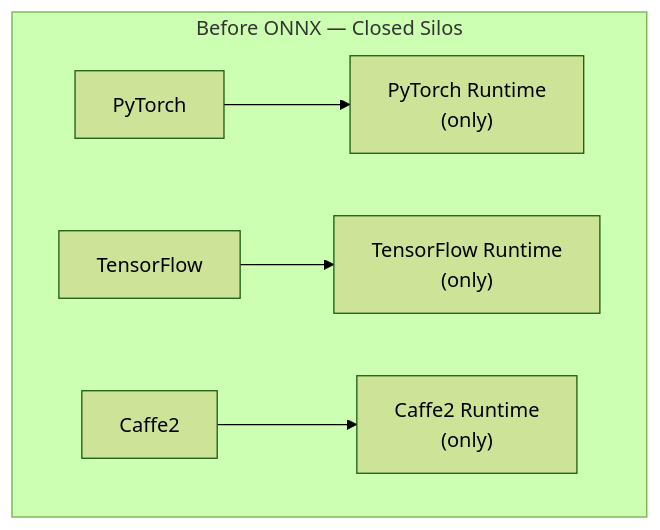
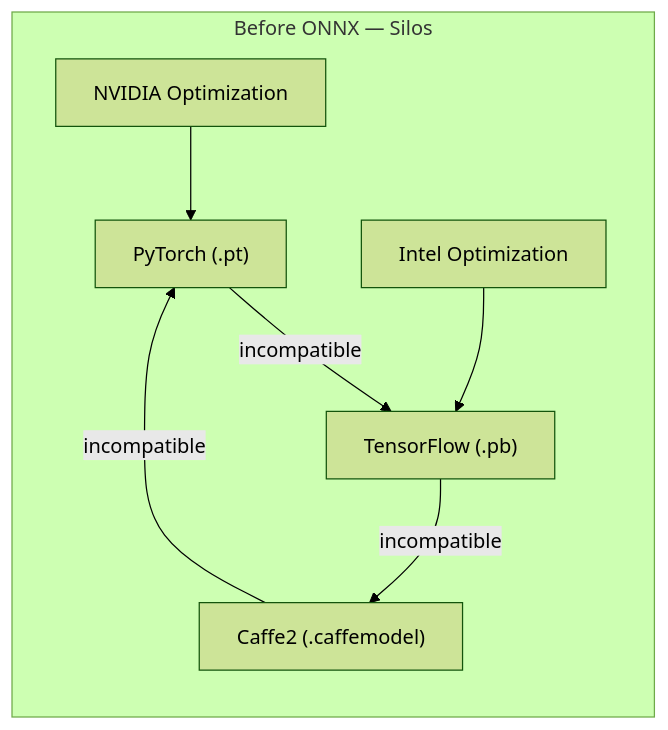
The first of 11 diagrams in docs/explain/onnx.md (ADORSYS-GIS/Custom-Ai-Ops), drawn with Mermaid (forest theme) before and after one commit. The commit also changed other lines of this file and 5 other files, not shown here.

````diff
--- a/docs/explain/onnx.md
+++ b/docs/explain/onnx.md
@@ -37,8 +47,10 @@
 ```mermaid
-flowchart TB
-    subgraph AVANT["Before ONNX — Closed Silos"]
-        PT1["PyTorch"] --> RT1["PyTorch Runtime\n(only)"]
-        TF1["TensorFlow"] --> RT2["TensorFlow Runtime\n(only)"]
-        CF1["Caffe2"] --> RT3["Caffe2 Runtime\n(only)"]
+flowchart LR
+    subgraph AVANT["Before ONNX — Silos"]
+        PYT["PyTorch (.pt)"] -->|"incompatible"| TF["TensorFlow (.pb)"]
+        TF -->|"incompatible"| CAFFE["Caffe2 (.caffemodel)"]
+        CAFFE -->|"incompatible"| PYT
+        HW1["NVIDIA Optimization"] --> PYT
+        HW2["Intel Optimization"] --> TF
     end
 ```
````
